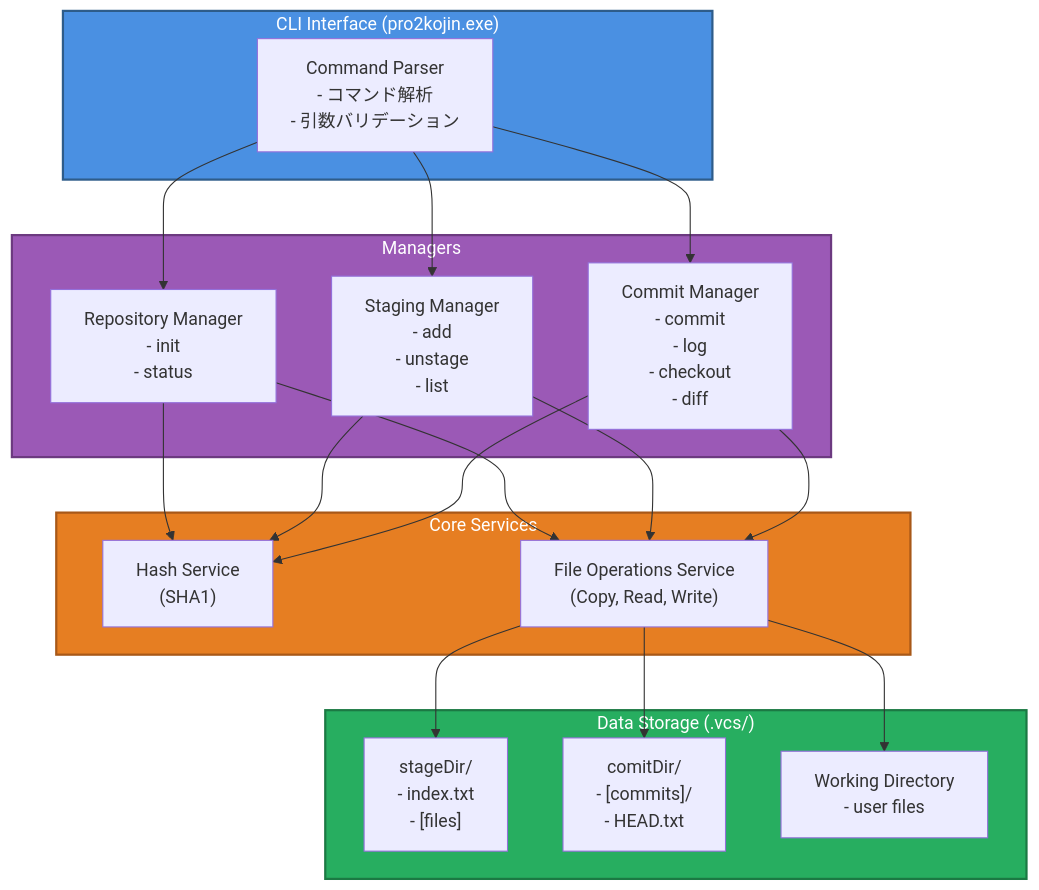
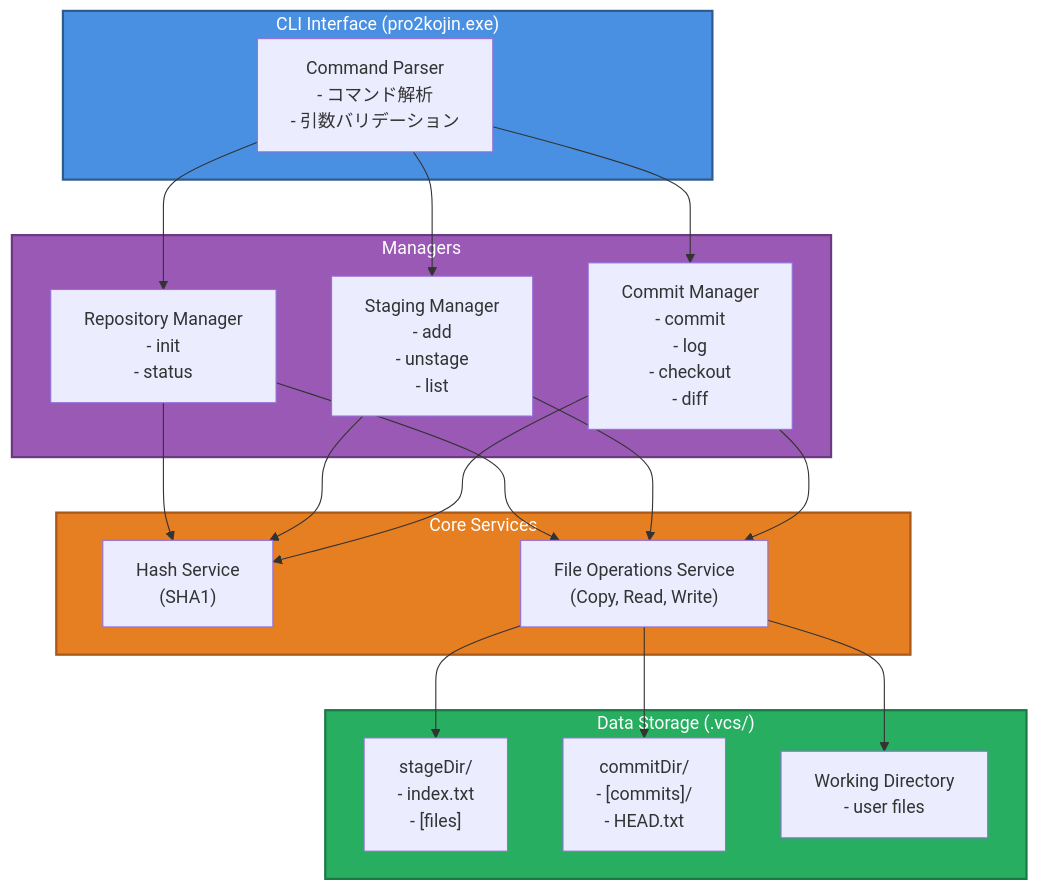
The second of 6 diagrams in DESIGN.md (yuu61/pro2kojin), drawn with Mermaid before and after one commit. The commit also changed other lines of this file and 1 other file, not shown here.

Commit message:
Fix spelling: comitDir → commitDir in README.md and DESIGN.md

````diff
--- a/DESIGN.md
+++ b/DESIGN.md
@@ -41,43 +41,43 @@
 ```mermaid
 graph TB
     subgraph CLI["CLI Interface (pro2kojin.exe)"]
         Parser["Command Parser<br/>- コマンド解析<br/>- 引数バリデーション"]
     end
 
     subgraph Managers["Managers"]
         RepoMgr["Repository Manager<br/>- init<br/>- status"]
         StageMgr["Staging Manager<br/>- add<br/>- unstage<br/>- list"]
         CommitMgr["Commit Manager<br/>- commit<br/>- log<br/>- checkout<br/>- diff"]
     end
 
     subgraph Core["Core Services"]
         HashSvc["Hash Service<br/>(SHA1)"]
         FileSvc["File Operations Service<br/>(Copy, Read, Write)"]
     end
 
     subgraph Storage["Data Storage (.vcs/)"]
         StageDir["stageDir/<br/>- index.txt<br/>- [files]"]
-        CommitDir["comitDir/<br/>- [commits]/<br/>- HEAD.txt"]
+        CommitDir["commitDir/<br/>- [commits]/<br/>- HEAD.txt"]
         WorkDir["Working Directory<br/>- user files"]
     end
 
     Parser --> RepoMgr
     Parser --> StageMgr
     Parser --> CommitMgr
 
     RepoMgr --> HashSvc
     RepoMgr --> FileSvc
     StageMgr --> HashSvc
     StageMgr --> FileSvc
     CommitMgr --> HashSvc
     CommitMgr --> FileSvc
 
     FileSvc --> StageDir
     FileSvc --> CommitDir
     FileSvc --> WorkDir
 
     style CLI fill:#4A90E2,stroke:#2E5C8A,stroke-width:2px,color:#fff
     style Managers fill:#9B59B6,stroke:#6C3A80,stroke-width:2px,color:#fff
     style Core fill:#E67E22,stroke:#A85818,stroke-width:2px,color:#fff
     style Storage fill:#27AE60,stroke:#1B7943,stroke-width:2px,color:#fff
 ```
````
